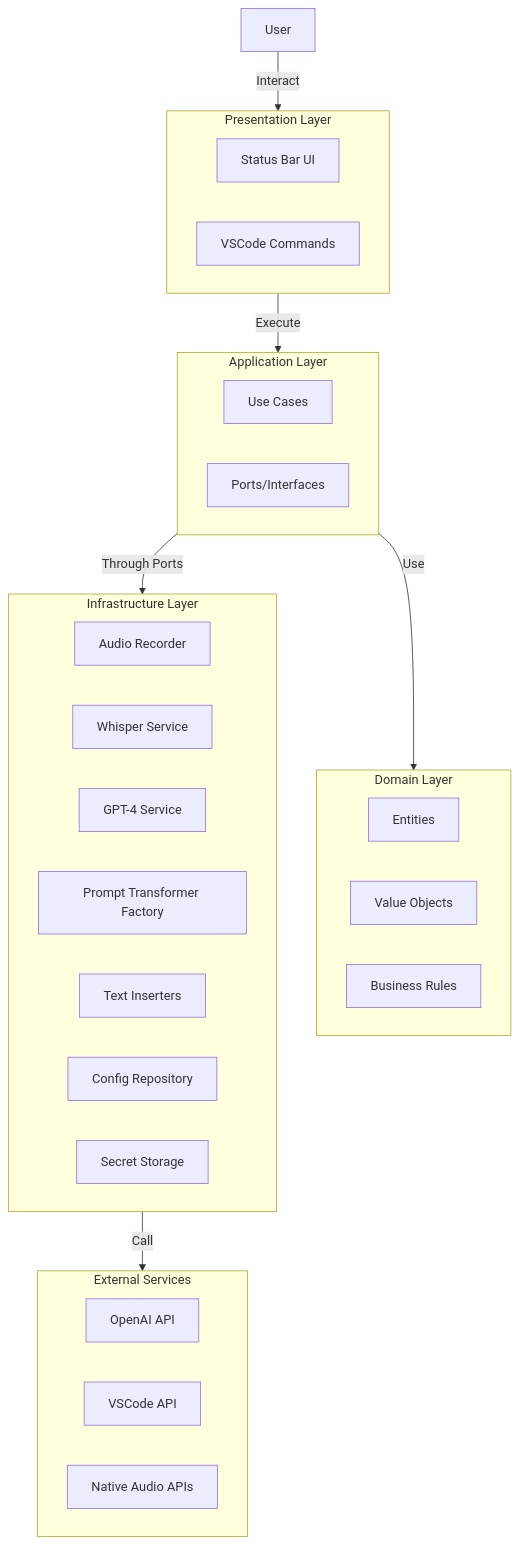
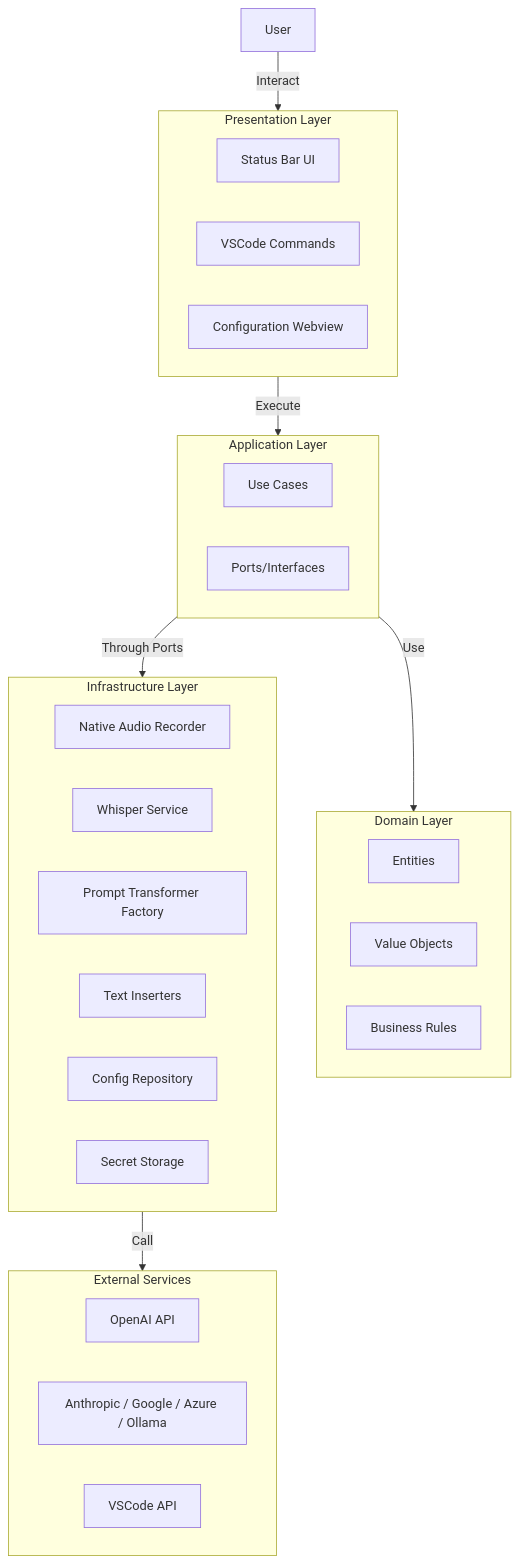
The first of 3 diagrams in docs/architecture/overview.md (vypdev/cursor-whisper), drawn with Mermaid before and after one commit. The commit also changed other lines of this file and 26 other files, not shown here.

````diff
--- a/docs/architecture/overview.md
+++ b/docs/architecture/overview.md
@@ -31,42 +20,42 @@
 ```mermaid
 flowchart TB
     User[User]
-    
+
     subgraph Presentation["Presentation Layer"]
         StatusBar[Status Bar UI]
         Commands[VSCode Commands]
+        ConfigPanel[Configuration Webview]
     end
-    
+
     subgraph Application["Application Layer"]
         UseCases[Use Cases]
         Ports[Ports/Interfaces]
     end
-    
+
     subgraph Domain["Domain Layer"]
         Entities[Entities]
         ValueObjects[Value Objects]
         BusinessRules[Business Rules]
     end
-    
+
     subgraph Infrastructure["Infrastructure Layer"]
-        AudioAdapter[Audio Recorder]
+        AudioAdapter[Native Audio Recorder]
         WhisperAdapter[Whisper Service]
-        GPTAdapter[GPT-4 Service]
         ProviderFactory[Prompt Transformer Factory]
         InsertionAdapters[Text Inserters]
         ConfigAdapter[Config Repository]
         StorageAdapter[Secret Storage]
     end
-    
+
     subgraph External["External Services"]
         OpenAI[OpenAI API]
+        OtherLLMs[Anthropic / Google / Azure / Ollama]
         VSCodeAPI[VSCode API]
-        NativeAudio[Native Audio APIs]
     end
-    
+
     User -->|Interact| Presentation
     Presentation -->|Execute| Application
     Application -->|Use| Domain
     Application -->|Through Ports| Infrastructure
     Infrastructure -->|Call| External
 ```
````
